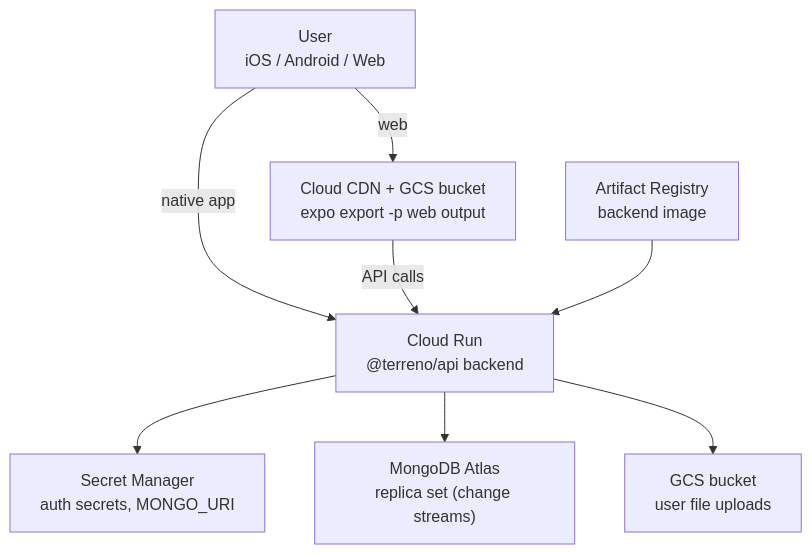
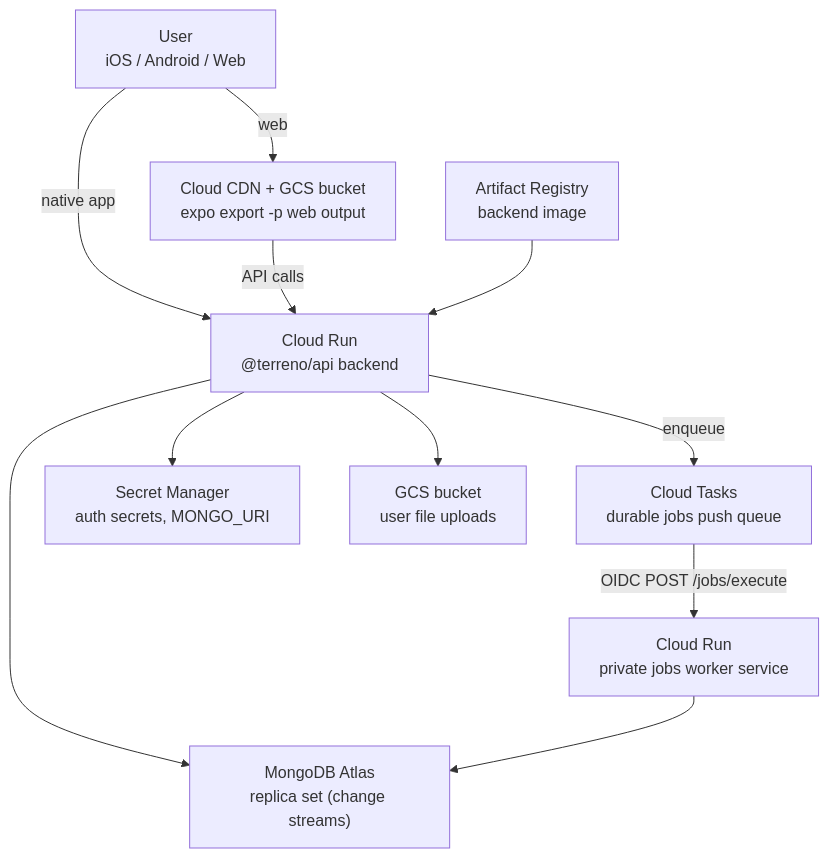
One commit to FlourishHealth/terreno changed the diagram in docs/explanation/deployment-architecture-gcp.md. Above: the diagram before and after it, drawn with Mermaid. The commit also changed other lines of this file and 199 other files, not shown here.

First line of the commit message:
Provision Cloud Tasks queue and private jobs worker (#1327)

````diff
--- a/docs/explanation/deployment-architecture-gcp.md
+++ b/docs/explanation/deployment-architecture-gcp.md
@@ -9,17 +9,22 @@
 ```mermaid
 flowchart TD
   U["User<br/>iOS / Android / Web"]
   CDN["Cloud CDN + GCS bucket<br/>expo export -p web output"]
   CR["Cloud Run<br/>@terreno/api backend"]
+  CT["Cloud Tasks<br/>durable jobs push queue"]
+  JW["Cloud Run<br/>private jobs worker service"]
   SM["Secret Manager<br/>auth secrets, MONGO_URI"]
   AT["MongoDB Atlas<br/>replica set (change streams)"]
   GCS["GCS bucket<br/>user file uploads"]
   AR["Artifact Registry<br/>backend image"]
   U -->|"web"| CDN
   U -->|"native app"| CR
   CDN -->|"API calls"| CR
   CR --> SM
   CR --> AT
   CR --> GCS
+  CR -->|"enqueue"| CT
+  CT -->|"OIDC POST /jobs/execute"| JW
+  JW --> AT
   AR --> CR
 ```
````
